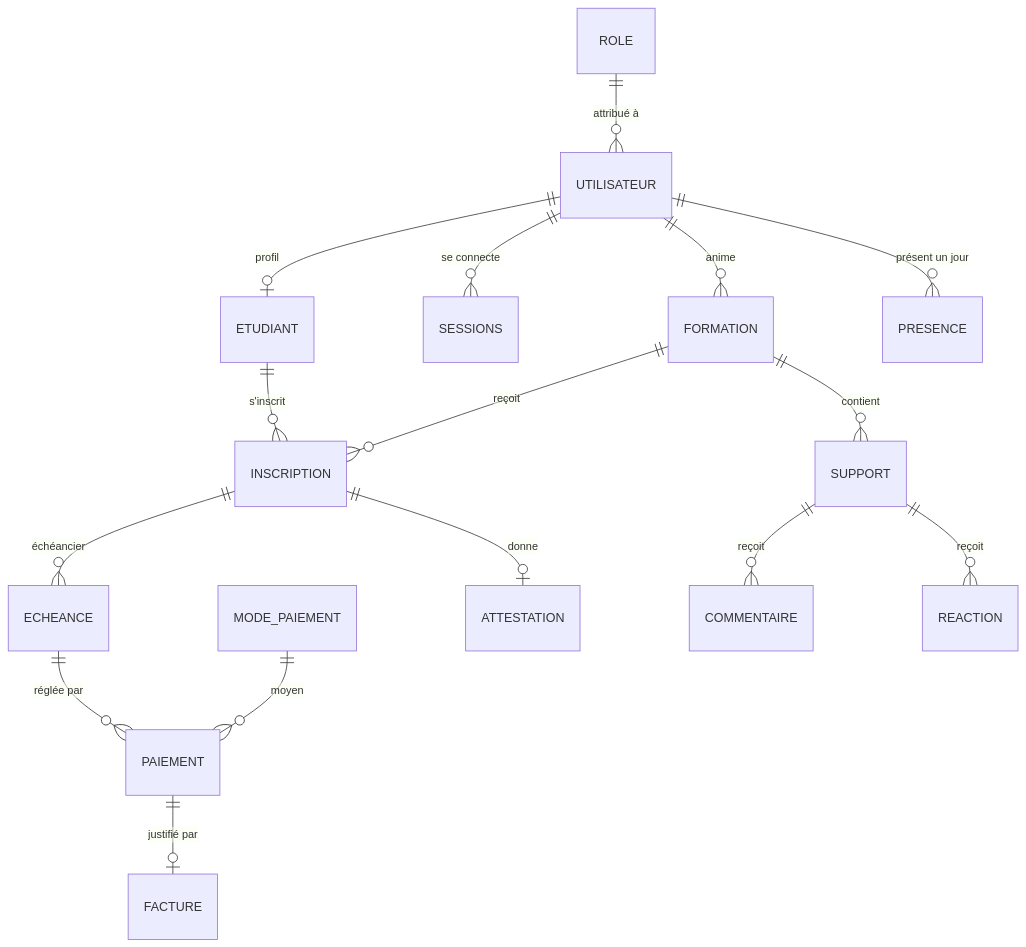
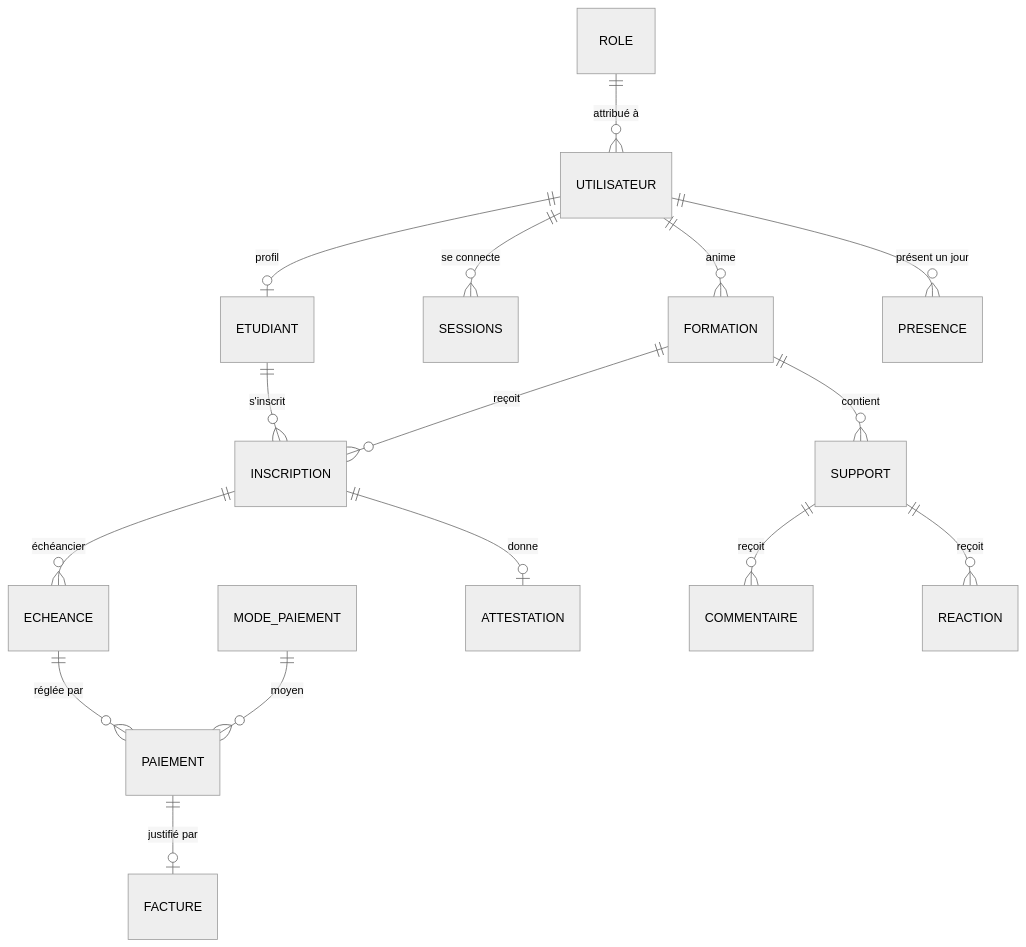
Before and after one commit to eliaTolojanahary/gestionFormation_stage: the fifth of 9 diagrams in FLUX-MEMOIRE.md, drawn with Mermaid. The commit also changed other lines of this file and 163 other files, not shown here.

````diff
--- a/FLUX-MEMOIRE.md
+++ b/FLUX-MEMOIRE.md
@@ -510,18 +776,19 @@
 ```mermaid
+%%{init: {'theme':'neutral'}}%%
 erDiagram
     ROLE ||--o{ UTILISATEUR : "attribué à"
     UTILISATEUR ||--o| ETUDIANT : "profil"
     UTILISATEUR ||--o{ SESSIONS : "se connecte"
     UTILISATEUR ||--o{ FORMATION : "anime"
     ETUDIANT ||--o{ INSCRIPTION : "s'inscrit"
     FORMATION ||--o{ INSCRIPTION : "reçoit"
     INSCRIPTION ||--o{ ECHEANCE : "échéancier"
     ECHEANCE ||--o{ PAIEMENT : "réglée par"
     MODE_PAIEMENT ||--o{ PAIEMENT : "moyen"
     PAIEMENT ||--o| FACTURE : "justifié par"
     INSCRIPTION ||--o| ATTESTATION : "donne"
     FORMATION ||--o{ SUPPORT : "contient"
     SUPPORT ||--o{ COMMENTAIRE : "reçoit"
     SUPPORT ||--o{ REACTION : "reçoit"
     UTILISATEUR ||--o{ PRESENCE : "présent un jour"
 ```
````
